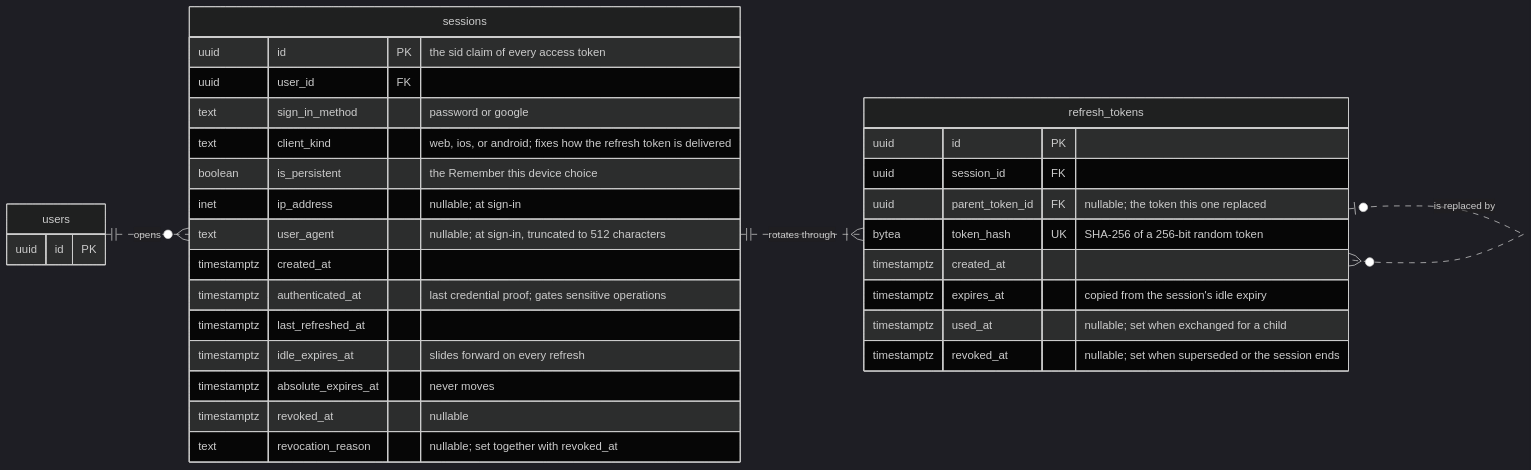
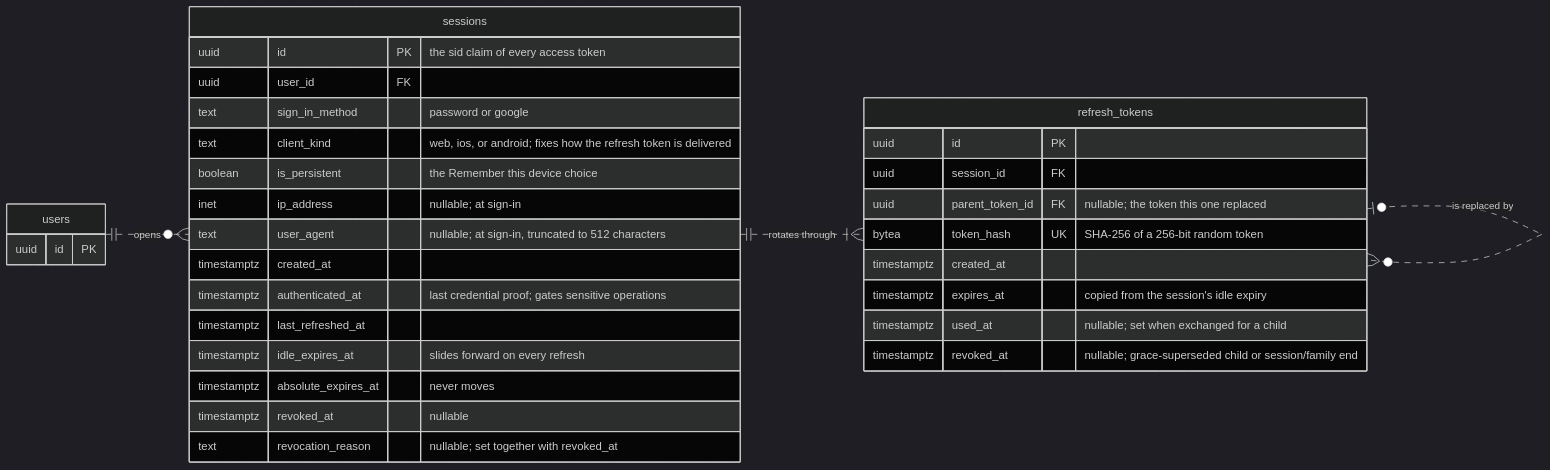
Before and after one commit to fam-tung-lam/job_status_found: the third of 5 diagrams in ai/specs/18_09_2026__auth/18_09_2026__auth-erd.md, drawn with Mermaid (dark theme). The commit also changed other lines of this file and 9 other files, not shown here.

Commit message:
docs(auth): align specification with session flows

````diff
--- a/ai/specs/18_09_2026__auth/18_09_2026__auth-erd.md
+++ b/ai/specs/18_09_2026__auth/18_09_2026__auth-erd.md
@@ -124,40 +124,40 @@
 ```mermaid
 erDiagram
     direction LR
 
     USER ||..o{ SESSION: opens
     SESSION ||..|{ REFRESH_TOKEN: "rotates through"
     REFRESH_TOKEN |o..o{ REFRESH_TOKEN: "is replaced by"
 
     USER["users"] {
         uuid id PK
     }
 
     SESSION["sessions"] {
         uuid id PK "the sid claim of every access token"
         uuid user_id FK
         text sign_in_method "password or google"
         text client_kind "web, ios, or android; fixes how the refresh token is delivered"
         boolean is_persistent "the Remember this device choice"
         inet ip_address "nullable; at sign-in"
         text user_agent "nullable; at sign-in, truncated to 512 characters"
         timestamptz created_at
         timestamptz authenticated_at "last credential proof; gates sensitive operations"
         timestamptz last_refreshed_at
         timestamptz idle_expires_at "slides forward on every refresh"
         timestamptz absolute_expires_at "never moves"
         timestamptz revoked_at "nullable"
         text revocation_reason "nullable; set together with revoked_at"
     }
 
     REFRESH_TOKEN["refresh_tokens"] {
         uuid id PK
         uuid session_id FK
         uuid parent_token_id FK "nullable; the token this one replaced"
         bytea token_hash UK "SHA-256 of a 256-bit random token"
         timestamptz created_at
         timestamptz expires_at "copied from the session's idle expiry"
         timestamptz used_at "nullable; set when exchanged for a child"
-        timestamptz revoked_at "nullable; set when superseded or the session ends"
+        timestamptz revoked_at "nullable; grace-superseded child or session/family end"
     }
 ```
````
